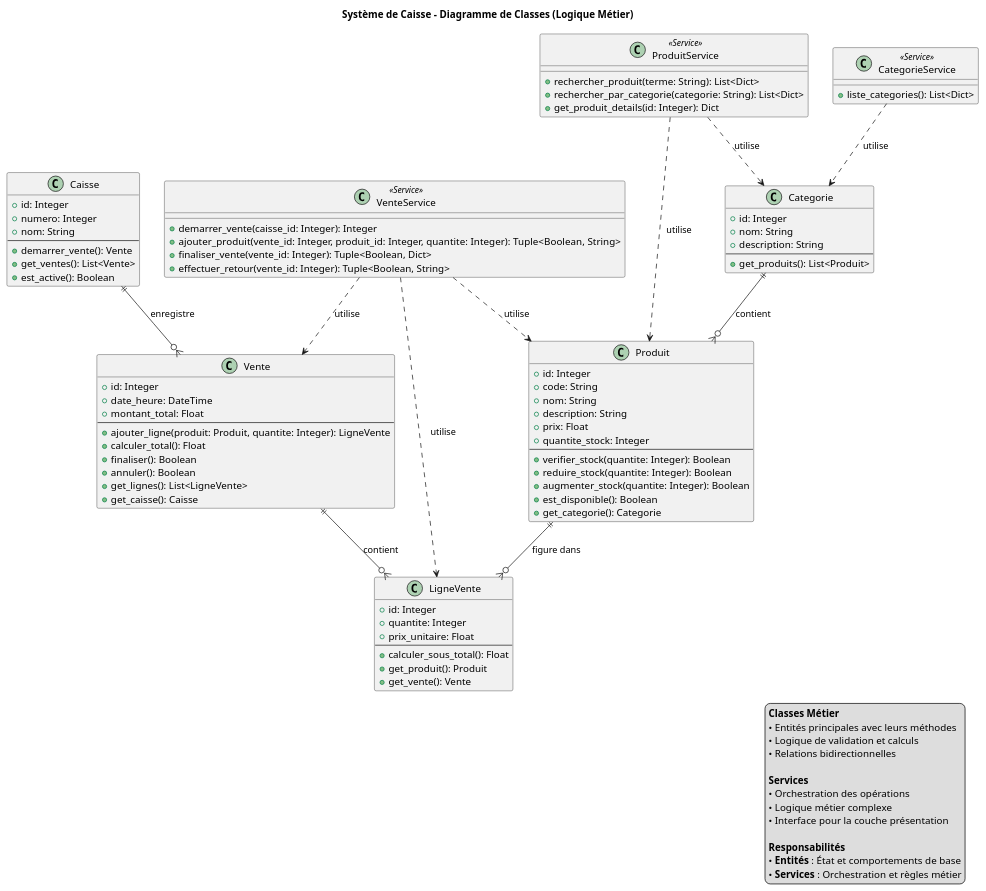
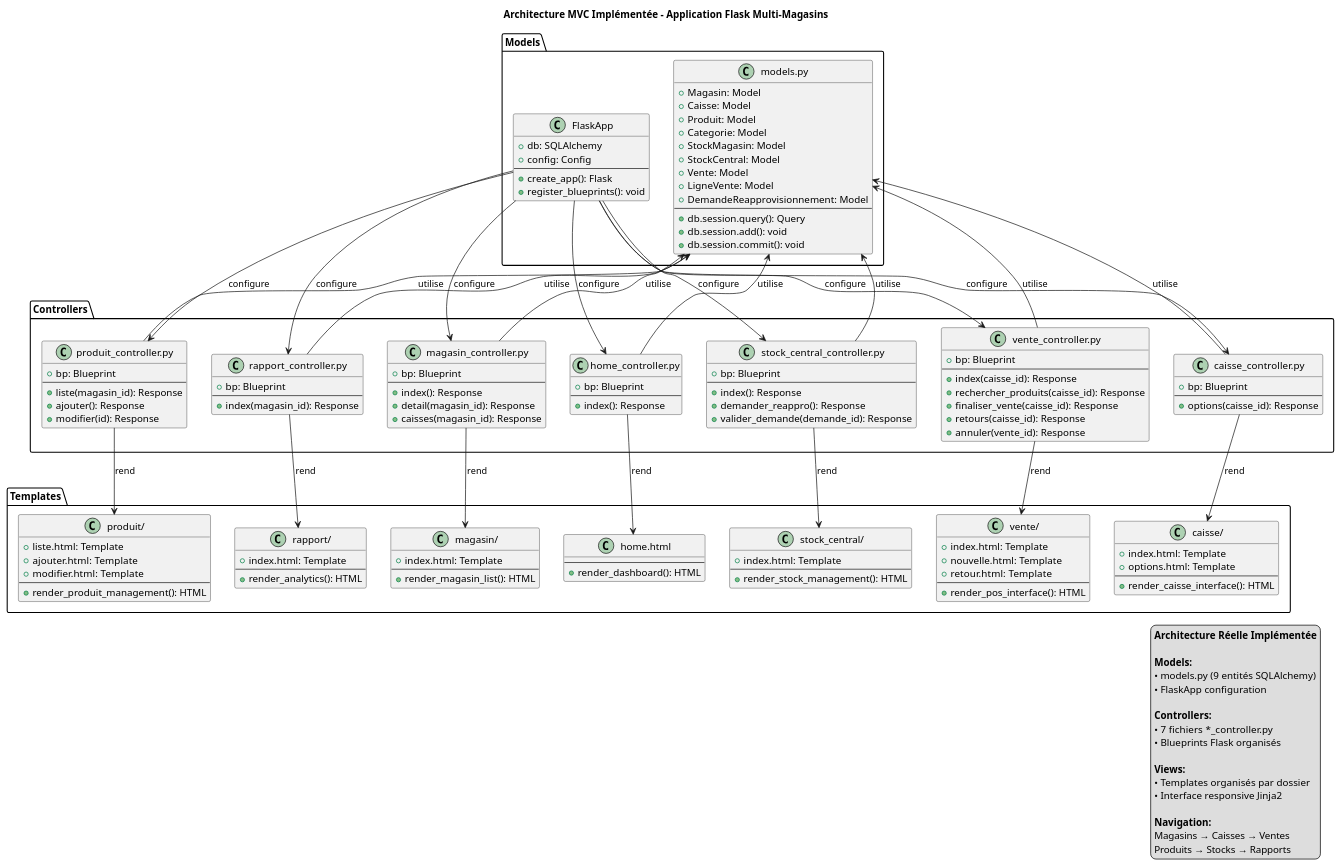
One commit to Louqman-ETS/log430-labo-07 changed the diagram in docs/UML/diagarmme_classes.puml. Above: the diagram before and after it, drawn with PlantUML. The commit also changed 25 other files, not shown here.

```diff
--- a/docs/UML/diagarmme_classes.puml
+++ b/docs/UML/diagarmme_classes.puml
@@ -1,111 +1,184 @@
-@startuml Diagramme de Classes - Logique Métier
+@startuml Diagramme de Classes MVC - Application Flask Multi-Magasins
 
-' Définition des classes avec logique métier
-class Categorie {
-  +id: Integer
-  +nom: String
-  +description: String
-  --
-  +get_produits(): List<Produit>
+' ===== COUCHE MODÈLE (Models) =====
+package "Models" {
+    class FlaskApp {
+        +db: SQLAlchemy
+        +config: Config
+        --
+        +create_app(): Flask
+        +register_blueprints(): void
+    }
+    
+    class "models.py" as models {
+        +Magasin: Model
+        +Caisse: Model
+        +Produit: Model
+        +Categorie: Model
+        +StockMagasin: Model
+        +StockCentral: Model
+        +Vente: Model
+        +LigneVente: Model
+        +DemandeReapprovisionnement: Model
+        --
+        +db.session.query(): Query
+        +db.session.add(): void
+        +db.session.commit(): void
+    }
 }
 
-class Produit {
-  +id: Integer
-  +code: String
-  +nom: String
-  +description: String
-  +prix: Float
-  +quantite_stock: Integer
-  --
-  +verifier_stock(quantite: Integer): Boolean
-  +reduire_stock(quantite: Integer): Boolean
-  +augmenter_stock(quantite: Integer): Boolean
-  +est_disponible(): Boolean
-  +get_categorie(): Categorie
+' ===== COUCHE CONTRÔLEUR (Controllers) =====
+package "Controllers" {
+    class "home_controller.py" as home_ctrl {
+        +bp: Blueprint
+        --
+        +index(): Response
+    }
+    
+    class "magasin_controller.py" as magasin_ctrl {
+        +bp: Blueprint
+        --
+        +index(): Response
+        +detail(magasin_id): Response
+        +caisses(magasin_id): Response
+    }
+    
+    class "produit_controller.py" as produit_ctrl {
+        +bp: Blueprint
+        --
+        +liste(magasin_id): Response
+        +ajouter(): Response
+        +modifier(id): Response
+    }
+    
+    class "vente_controller.py" as vente_ctrl {
+        +bp: Blueprint
+        --
+        +index(caisse_id): Response
+        +rechercher_produits(caisse_id): Response
+        +finaliser_vente(caisse_id): Response
+        +retours(caisse_id): Response
+        +annuler(vente_id): Response
+    }
+    
+    class "rapport_controller.py" as rapport_ctrl {
+        +bp: Blueprint
+        --
+        +index(magasin_id): Response
+    }
+    
+    class "stock_central_controller.py" as stock_ctrl {
+        +bp: Blueprint
+        --
+        +index(): Response
+        +demander_reappro(): Response
+        +valider_demande(demande_id): Response
+    }
+    
+    class "caisse_controller.py" as caisse_ctrl {
+        +bp: Blueprint
+        --
+        +options(caisse_id): Response
+    }
 }
 
-class Caisse {
-  +id: Integer
-  +numero: Integer
-  +nom: String
-  --
-  +demarrer_vente(): Vente
-  +get_ventes(): List<Vente>
-  +est_active(): Boolean
+' ===== COUCHE VUE (Views) =====
+package "Templates" {
+    class "home.html" as home_template {
+        --
+        +render_dashboard(): HTML
+    }
+    
+    class "magasin/" as magasin_views {
+        +index.html: Template
+        --
+        +render_magasin_list(): HTML
+    }
+    
+    class "produit/" as produit_views {
+        +liste.html: Template
+        +ajouter.html: Template
+        +modifier.html: Template
+        --
+        +render_produit_management(): HTML
+    }
+    
+    class "vente/" as vente_views {
+        +index.html: Template
+        +nouvelle.html: Template
+        +retour.html: Template
+        --
+        +render_pos_interface(): HTML
+    }
+    
+    class "rapport/" as rapport_views {
+        +index.html: Template
+        --
+        +render_analytics(): HTML
+    }
+    
+    class "stock_central/" as stock_views {
+        +index.html: Template
+        --
+        +render_stock_management(): HTML
+    }
+    
+    class "caisse/" as caisse_views {
+        +index.html: Template
+        +options.html: Template
+        --
+        +render_caisse_interface(): HTML
+    }
 }
 
-class Vente {
-  +id: Integer
-  +date_heure: DateTime
-  +montant_total: Float
-  --
-  +ajouter_ligne(produit: Produit, quantite: Integer): LigneVente
-  +calculer_total(): Float
-  +finaliser(): Boolean
-  +annuler(): Boolean
-  +get_lignes(): List<LigneVente>
-  +get_caisse(): Caisse
-}
+' ===== RELATIONS MVC =====
+' Models utilisés par Controllers
+models <-- home_ctrl : utilise
+models <-- magasin_ctrl : utilise
+models <-- produit_ctrl : utilise
+models <-- vente_ctrl : utilise
+models <-- rapport_ctrl : utilise
+models <-- stock_ctrl : utilise
+models <-- caisse_ctrl : utilise
 
-class LigneVente {
-  +id: Integer
-  +quantite: Integer
-  +prix_unitaire: Float
-  --
-  +calculer_sous_total(): Float
-  +get_produit(): Produit
-  +get_vente(): Vente
-}
+' Controllers vers Views
+home_ctrl --> home_template : rend
+magasin_ctrl --> magasin_views : rend
+produit_ctrl --> produit_views : rend
+vente_ctrl --> vente_views : rend
+rapport_ctrl --> rapport_views : rend
+stock_ctrl --> stock_views : rend
+caisse_ctrl --> caisse_views : rend
 
-' Services métier (classes de logique)
-class ProduitService <<Service>> {
-  +rechercher_produit(terme: String): List<Dict>
-  +rechercher_par_categorie(categorie: String): List<Dict>
-  +get_produit_details(id: Integer): Dict
-}
+' Configuration Flask
+FlaskApp --> home_ctrl : configure
+FlaskApp --> magasin_ctrl : configure
+FlaskApp --> produit_ctrl : configure
+FlaskApp --> vente_ctrl : configure
+FlaskApp --> rapport_ctrl : configure
+FlaskApp --> stock_ctrl : configure
+FlaskApp --> caisse_ctrl : configure
 
-class VenteService <<Service>> {
-  +demarrer_vente(caisse_id: Integer): Integer
-  +ajouter_produit(vente_id: Integer, produit_id: Integer, quantite: Integer): Tuple<Boolean, String>
-  +finaliser_vente(vente_id: Integer): Tuple<Boolean, Dict>
-  +effectuer_retour(vente_id: Integer): Tuple<Boolean, String>
-}
-
-class CategorieService <<Service>> {
-  +liste_categories(): List<Dict>
-}
-
-' Relations entre entités métier
-Categorie ||--o{ Produit : contient
-Produit ||--o{ LigneVente : "figure dans"
-Caisse ||--o{ Vente : "enregistre"
-Vente ||--o{ LigneVente : "contient"
-
-' Relations avec les services
-ProduitService ..> Produit : utilise
-ProduitService ..> Categorie : utilise
-VenteService ..> Vente : utilise
-VenteService ..> LigneVente : utilise
-VenteService ..> Produit : utilise
-CategorieService ..> Categorie : utilise
-
-' Titre et légende
-title Système de Caisse - Diagramme de Classes (Logique Métier)
+title Architecture MVC Implémentée - Application Flask Multi-Magasins
 
 legend right
-  <b>Classes Métier</b>
-  • Entités principales avec leurs méthodes
-  • Logique de validation et calculs
-  • Relations bidirectionnelles
+  <b>Architecture Réelle Implémentée</b>
   
-  <b>Services</b>
-  • Orchestration des opérations
-  • Logique métier complexe
-  • Interface pour la couche présentation
+  <b>Models:</b>
+  • models.py (9 entités SQLAlchemy)
+  • FlaskApp configuration
   
-  <b>Responsabilités</b>
-  • <b>Entités</b> : État et comportements de base
-  • <b>Services</b> : Orchestration et règles métier
+  <b>Controllers:</b>
+  • 7 fichiers *_controller.py
+  • Blueprints Flask organisés
+  
+  <b>Views:</b>
+  • Templates organisés par dossier
+  • Interface responsive Jinja2
+  
+  <b>Navigation:</b>
+  Magasins → Caisses → Ventes
+  Produits → Stocks → Rapports
 endlegend
 
 @enduml 
```
